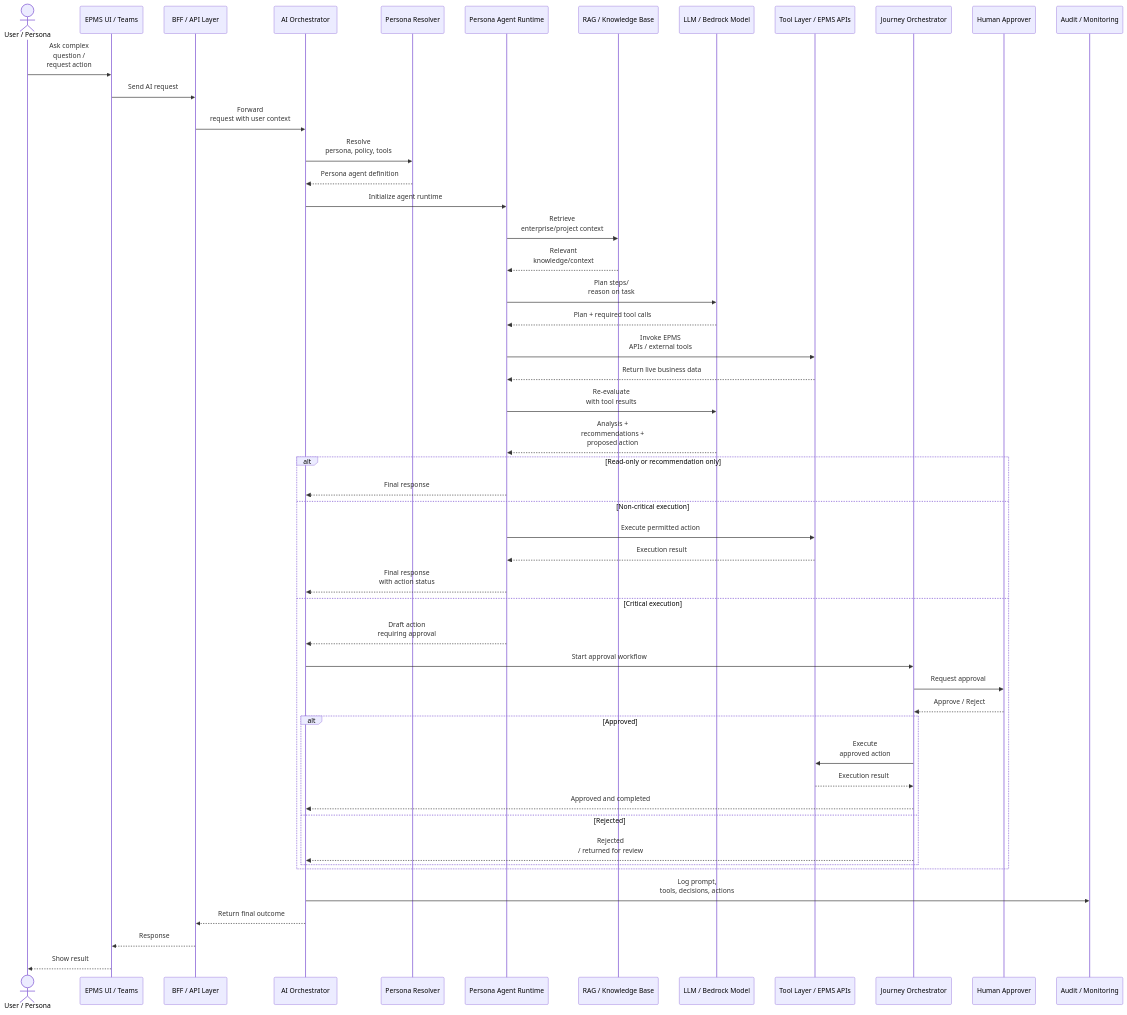
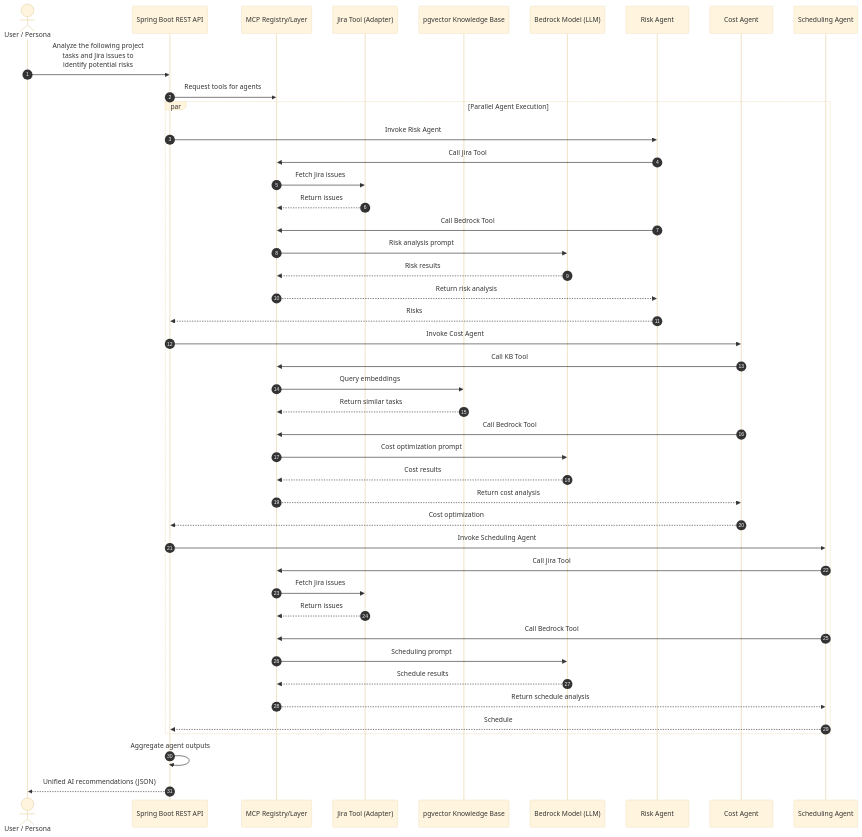
Before and after one commit to sougata2000/epms: the diagram in 02 Solution Architecture/AI/Agent Sequence.mmd, drawn with Mermaid. The commit also changed 312 other files, not shown here.

```diff
--- a/02 Solution Architecture/AI/Agent Sequence.mmd
+++ b/02 Solution Architecture/AI/Agent Sequence.mmd
@@ -1,57 +1,56 @@
+---
+config:
+  sequence: {}
+  theme: base
+---
+%%{init: {'flowchart': {'compactMode': true}}}%%
 sequenceDiagram
-    actor U as User / Persona
-    participant UI as EPMS UI / Teams
-    participant BFF as BFF / API Layer
-    participant AIO as AI Orchestrator
-    participant PR as Persona Resolver
-    participant AG as Persona Agent Runtime
-    participant RAG as RAG / Knowledge Base
-    participant LLM as LLM / Bedrock Model
-    participant TOOL as Tool Layer / EPMS APIs
-    participant JO as Journey Orchestrator
-    participant AP as Human Approver
-    participant AUD as Audit / Monitoring
+    autonumber
+    actor User as User / Persona
+    participant API as Spring Boot REST API
+    participant MCP as MCP Registry/Layer
+    participant Jira as Jira Tool (Adapter)
+    participant KB as pgvector Knowledge Base
+    participant Bedrock as Bedrock Model (LLM)
+    participant Risk as Risk Agent
+    participant Cost as Cost Agent
+    participant Sched as Scheduling Agent
 
-    U->>UI: Ask complex <br/>question / <br/>request action
-    UI->>BFF: Send AI request
-    BFF->>AIO: Forward <br/>request with user context
-    AIO->>PR: Resolve <br/>persona, policy, tools
-    PR-->>AIO: Persona agent definition
+    User->>API: Analyze the following project <br/>tasks and Jira issues to <br/>identify potential risks
 
-    AIO->>AG: Initialize agent runtime
-    AG->>RAG: Retrieve <br/>enterprise/project context
-    RAG-->>AG: Relevant <br/>knowledge/context
+    API->>MCP: Request tools for agents
 
-    AG->>LLM: Plan steps/<br/>reason on task
-    LLM-->>AG: Plan + required tool calls
+    par Parallel Agent Execution
+        API->>Risk: Invoke Risk Agent
+        Risk->>MCP: Call Jira Tool
+        MCP->>Jira: Fetch Jira issues
+        Jira-->>MCP: Return issues
+        Risk->>MCP: Call Bedrock Tool
+        MCP->>Bedrock: Risk analysis prompt
+        Bedrock-->>MCP: Risk results
+        MCP-->>Risk: Return risk analysis
+        Risk-->>API: Risks
 
-    AG->>TOOL: Invoke EPMS<br/>APIs / external tools
-    TOOL-->>AG: Return live business data
+        API->>Cost: Invoke Cost Agent
+        Cost->>MCP: Call KB Tool
+        MCP->>KB: Query embeddings
+        KB-->>MCP: Return similar tasks
+        Cost->>MCP: Call Bedrock Tool
+        MCP->>Bedrock: Cost optimization prompt
+        Bedrock-->>MCP: Cost results
+        MCP-->>Cost: Return cost analysis
+        Cost-->>API: Cost optimization
 
-    AG->>LLM: Re-evaluate <br/>with tool results
-    LLM-->>AG: Analysis + <br/>recommendations + <br/>proposed action
-
-    alt Read-only or recommendation only
-        AG-->>AIO: Final response
-    else Non-critical execution
-        AG->>TOOL: Execute permitted action
-        TOOL-->>AG: Execution result
-        AG-->>AIO: Final response <br/>with action status
-    else Critical execution
-        AG-->>AIO: Draft action <br/>requiring approval
-        AIO->>JO: Start approval workflow
-        JO->>AP: Request approval
-        AP-->>JO: Approve / Reject
-        alt Approved
-            JO->>TOOL: Execute <br/>approved action
-            TOOL-->>JO: Execution result
-            JO-->>AIO: Approved and completed
-        else Rejected
-            JO-->>AIO: Rejected <br/>/ returned for review
-        end
+        API->>Sched: Invoke Scheduling Agent
+        Sched->>MCP: Call Jira Tool
+        MCP->>Jira: Fetch Jira issues
+        Jira-->>MCP: Return issues
+        Sched->>MCP: Call Bedrock Tool
+        MCP->>Bedrock: Scheduling prompt
+        Bedrock-->>MCP: Schedule results
+        MCP-->>Sched: Return schedule analysis
+        Sched-->>API: Schedule
     end
 
-    AIO->>AUD: Log prompt, <br/>tools, decisions, actions
-    AIO-->>BFF: Return final outcome
-    BFF-->>UI: Response
-    UI-->>U: Show result
+    API->>API: Aggregate agent outputs
+    API-->>User: Unified AI recommendations (JSON)
```
